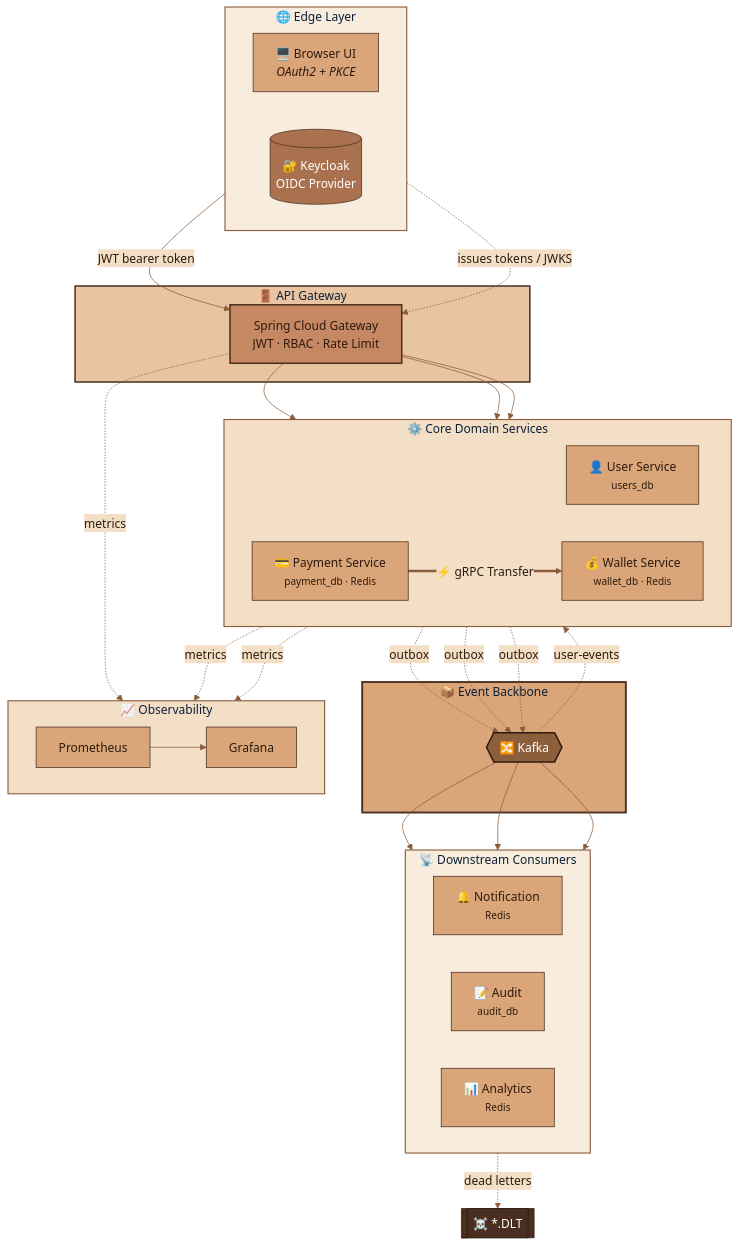
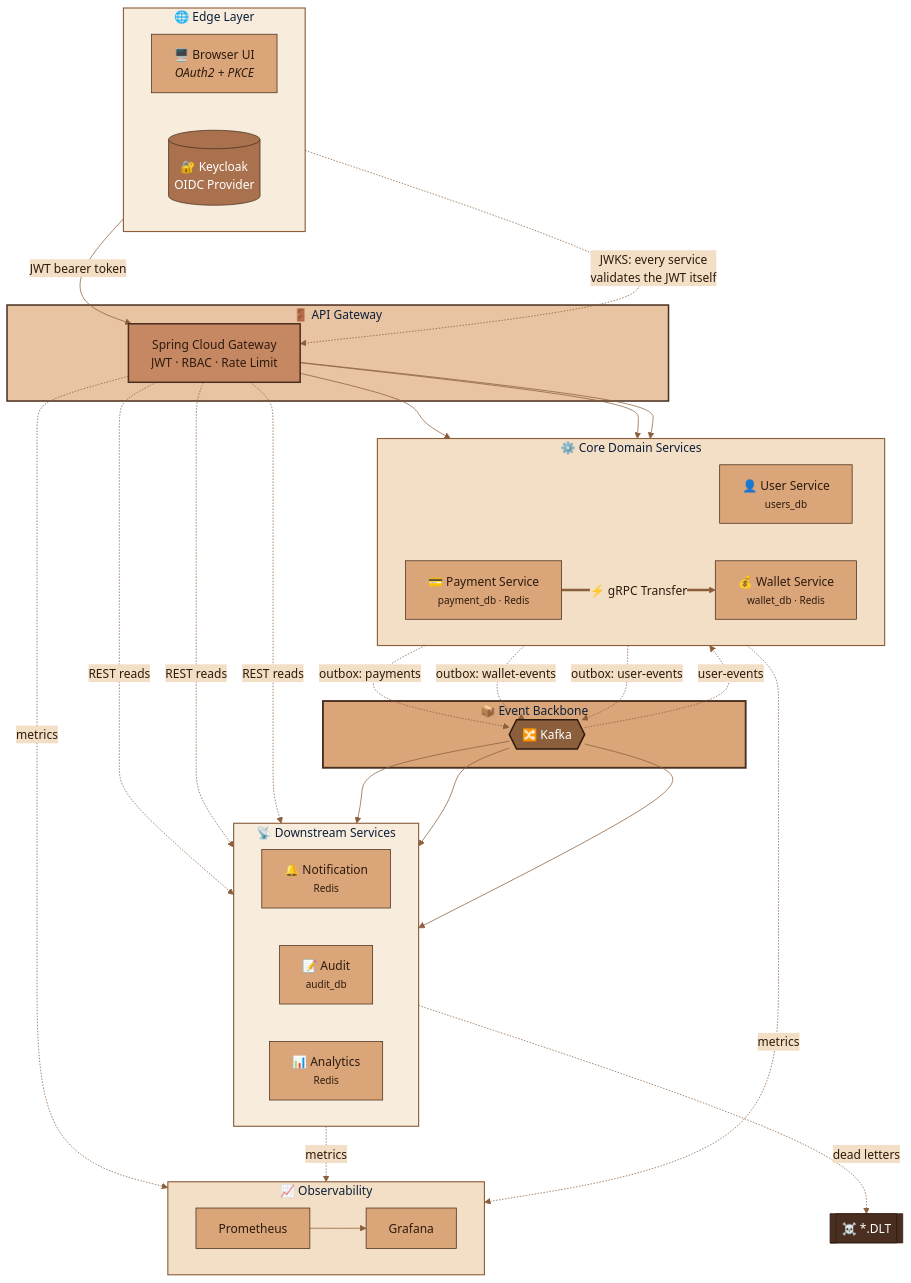
One commit to Om20An00/FinFlow changed the diagram in README.md. Above: the diagram before and after it, drawn with Mermaid. The commit also changed other lines of this file, not shown here.

```diff
--- a/README.md
+++ b/README.md
@@ -70,7 +70,7 @@
     GW["Spring Cloud Gateway<br/>JWT · RBAC · Rate Limit"]
   end
 
-  KC -. issues tokens / JWKS .-> GW
+  KC -. JWKS: every service<br/>validates the JWT itself .-> GW
 
   subgraph CORE["⚙️ Core Domain Services"]
     direction LR
@@ -79,26 +79,29 @@
     PS["💳 Payment Service<br/><small>payment_db · Redis</small>"]
   end
 
+  subgraph DOWNSTREAM["📡 Downstream Services"]
+    direction LR
+    NS["🔔 Notification<br/><small>Redis</small>"]
+    AS["📝 Audit<br/><small>audit_db</small>"]
+    AN["📊 Analytics<br/><small>Redis</small>"]
+  end
+
   GW --> US
   GW --> WS
   GW --> PS
+  GW -.REST reads.-> NS
+  GW -.REST reads.-> AS
+  GW -.REST reads.-> AN
   PS ==>|"⚡ gRPC Transfer"| WS
 
   subgraph BUS["📦 Event Backbone"]
     K{{"🔀 Kafka"}}
   end
 
-  PS -.->|outbox| K
-  WS -.->|outbox| K
-  US -.->|outbox| K
+  PS -.->|outbox: payments| K
+  WS -.->|outbox: wallet-events| K
+  US -.->|outbox: user-events| K
   K -.->|user-events| WS
-
-  subgraph DOWNSTREAM["📡 Downstream Consumers"]
-    direction LR
-    NS["🔔 Notification<br/><small>Redis</small>"]
-    AS["📝 Audit<br/><small>audit_db</small>"]
-    AN["📊 Analytics<br/><small>Redis</small>"]
-  end
 
   K --> NS
   K --> AS
@@ -110,9 +113,9 @@
     P["Prometheus"] --> G["Grafana"]
   end
 
-  PS -. metrics .-> P
-  WS -. metrics .-> P
   GW -. metrics .-> P
+  CORE -. metrics .-> P
+  DOWNSTREAM -. metrics .-> P
 
   style EDGE fill:#F8ECDD,stroke:#8B5E3C,stroke-width:1.5px
   style GATEWAY fill:#E8C4A2,stroke:#4A2E1F,stroke-width:2px
```
